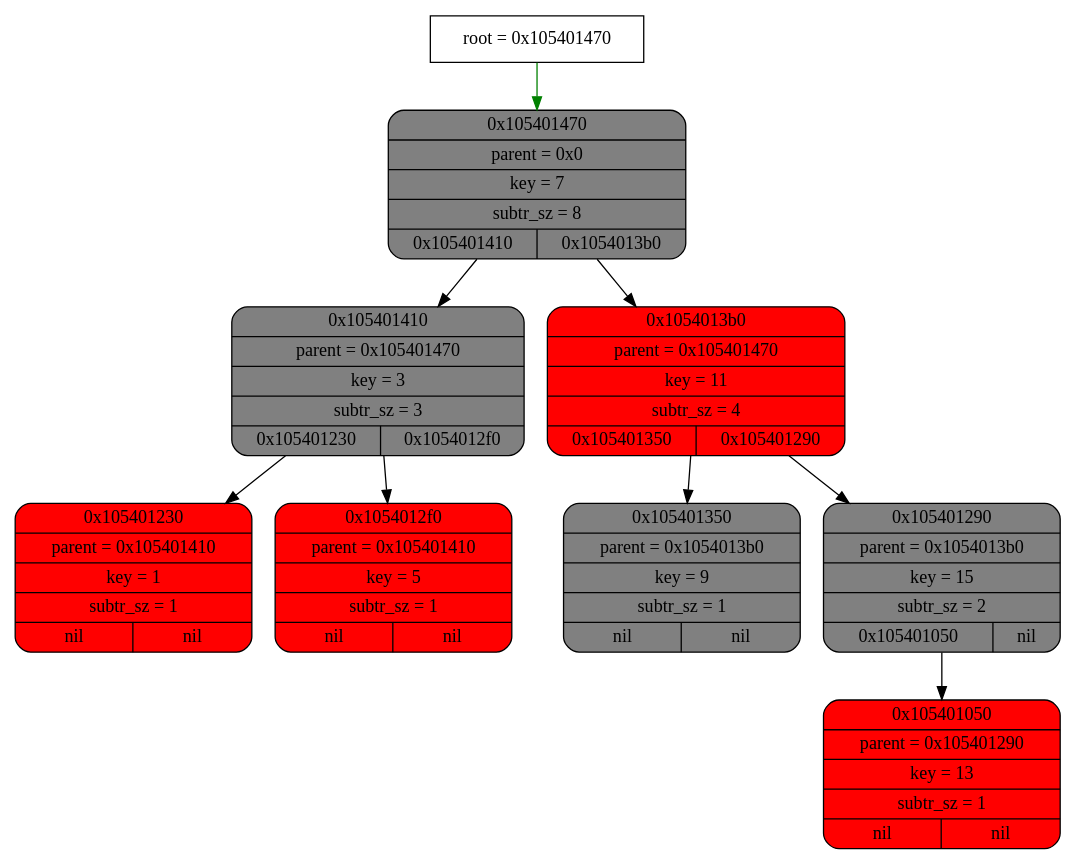
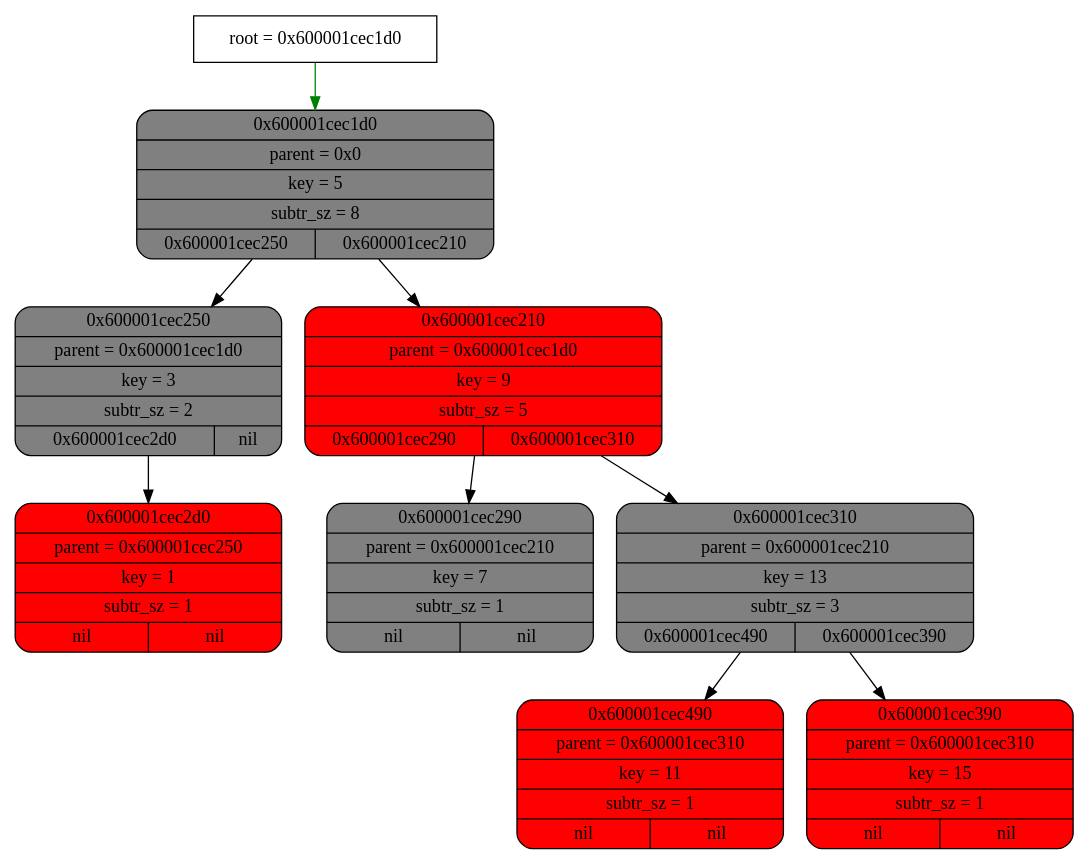
Before and after one commit to esgalimov/tree: the diagram in graphviz.dot, drawn with Graphviz. The commit also changed 5 other files, not shown here.

```diff
--- a/graphviz.dot
+++ b/graphviz.dot
@@ -1,30 +1,30 @@
 digraph
 {
-    node_info[shape = record, label = "{root = 0x105401470}"];
+    node_info[shape = record, label = "{root = 0x600001cec1d0}"];
 
-    node_info->node_0x105401470 [color = "green"];
-    node_0x105401470[shape = Mrecord, label = "{{0x105401470} | {parent =  0x0} | {key = 7} | {subtr_sz = 8} | {0x105401410| 0x1054013b0}}",
+    node_info->node_0x600001cec1d0 [color = "green"];
+    node_0x600001cec1d0[shape = Mrecord, label = "{{0x600001cec1d0} | {parent =  0x0} | {key = 5} | {subtr_sz = 8} | {0x600001cec250| 0x600001cec210}}",
  style="filled", fillcolor="grey"];
-    node_0x105401410[shape = Mrecord, label = "{{0x105401410} | {parent =  0x105401470} | {key = 3} | {subtr_sz = 3} | {0x105401230| 0x1054012f0}}",
+    node_0x600001cec250[shape = Mrecord, label = "{{0x600001cec250} | {parent =  0x600001cec1d0} | {key = 3} | {subtr_sz = 2} | {0x600001cec2d0| nil}}",
  style="filled", fillcolor="grey"];
-    node_0x105401230[shape = Mrecord, label = "{{0x105401230} | {parent =  0x105401410} | {key = 1} | {subtr_sz = 1} | {nil | nil}}",
+    node_0x600001cec2d0[shape = Mrecord, label = "{{0x600001cec2d0} | {parent =  0x600001cec250} | {key = 1} | {subtr_sz = 1} | {nil | nil}}",
  style="filled", fillcolor="red"];
-    node_0x1054012f0[shape = Mrecord, label = "{{0x1054012f0} | {parent =  0x105401410} | {key = 5} | {subtr_sz = 1} | {nil | nil}}",
+    node_0x600001cec210[shape = Mrecord, label = "{{0x600001cec210} | {parent =  0x600001cec1d0} | {key = 9} | {subtr_sz = 5} | {0x600001cec290| 0x600001cec310}}",
  style="filled", fillcolor="red"];
-    node_0x1054013b0[shape = Mrecord, label = "{{0x1054013b0} | {parent =  0x105401470} | {key = 11} | {subtr_sz = 4} | {0x105401350| 0x105401290}}",
+    node_0x600001cec290[shape = Mrecord, label = "{{0x600001cec290} | {parent =  0x600001cec210} | {key = 7} | {subtr_sz = 1} | {nil | nil}}",
+ style="filled", fillcolor="grey"];
+    node_0x600001cec310[shape = Mrecord, label = "{{0x600001cec310} | {parent =  0x600001cec210} | {key = 13} | {subtr_sz = 3} | {0x600001cec490| 0x600001cec390}}",
+ style="filled", fillcolor="grey"];
+    node_0x600001cec490[shape = Mrecord, label = "{{0x600001cec490} | {parent =  0x600001cec310} | {key = 11} | {subtr_sz = 1} | {nil | nil}}",
  style="filled", fillcolor="red"];
-    node_0x105401350[shape = Mrecord, label = "{{0x105401350} | {parent =  0x1054013b0} | {key = 9} | {subtr_sz = 1} | {nil | nil}}",
- style="filled", fillcolor="grey"];
-    node_0x105401290[shape = Mrecord, label = "{{0x105401290} | {parent =  0x1054013b0} | {key = 15} | {subtr_sz = 2} | {0x105401050| nil}}",
- style="filled", fillcolor="grey"];
-    node_0x105401050[shape = Mrecord, label = "{{0x105401050} | {parent =  0x105401290} | {key = 13} | {subtr_sz = 1} | {nil | nil}}",
+    node_0x600001cec390[shape = Mrecord, label = "{{0x600001cec390} | {parent =  0x600001cec310} | {key = 15} | {subtr_sz = 1} | {nil | nil}}",
  style="filled", fillcolor="red"];
-    node_0x105401470->node_0x105401410
-    node_0x105401410->node_0x105401230
-    node_0x105401410->node_0x1054012f0
-    node_0x105401470->node_0x1054013b0
-    node_0x1054013b0->node_0x105401350
-    node_0x1054013b0->node_0x105401290
-    node_0x105401290->node_0x105401050
+    node_0x600001cec1d0->node_0x600001cec250
+    node_0x600001cec1d0->node_0x600001cec210
+    node_0x600001cec210->node_0x600001cec290
+    node_0x600001cec210->node_0x600001cec310
+    node_0x600001cec310->node_0x600001cec490
+    node_0x600001cec310->node_0x600001cec390
+    node_0x600001cec250->node_0x600001cec2d0
 
 }
```
